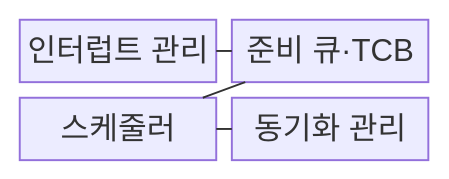
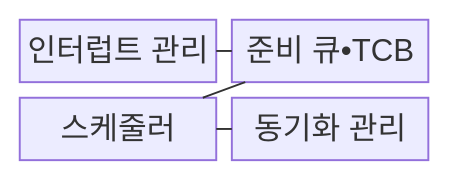
One commit to agnusdei1207/knowledge-base changed the first of 2 diagrams in src/content/docs/notes/02-hardware/061_real_time_operating_system.md. Above: the diagram before and after it, drawn with Mermaid. The commit also changed other lines of this file and 953 other files, not shown here.

````diff
--- a/src/content/docs/notes/02-hardware/061_real_time_operating_system.md
+++ b/src/content/docs/notes/02-hardware/061_real_time_operating_system.md
@@ -77,11 +77,11 @@
 ```mermaid
 block
   columns 2
   A["인터럽트 관리"]
-  B["준비 큐·TCB"]
+  B["준비 큐•TCB"]
   C["스케줄러"]
   D["동기화 관리"]
   A --- B
   B --- C
   C --- D
 ```
````
